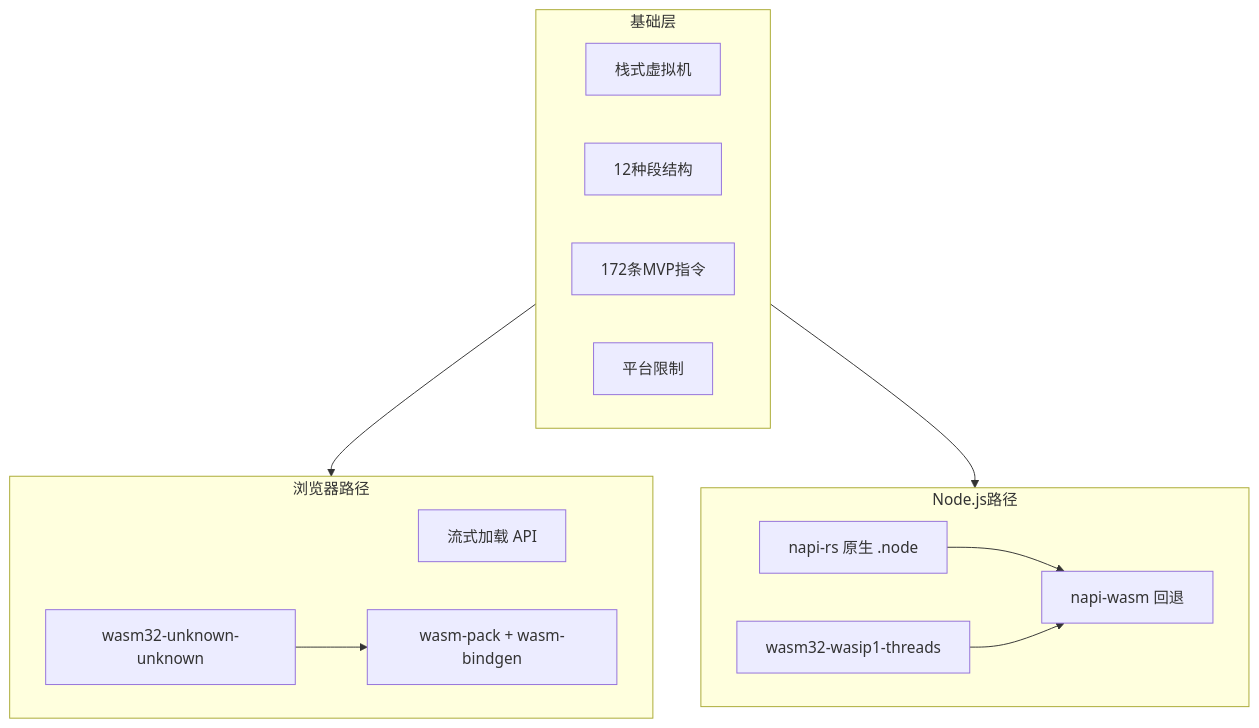
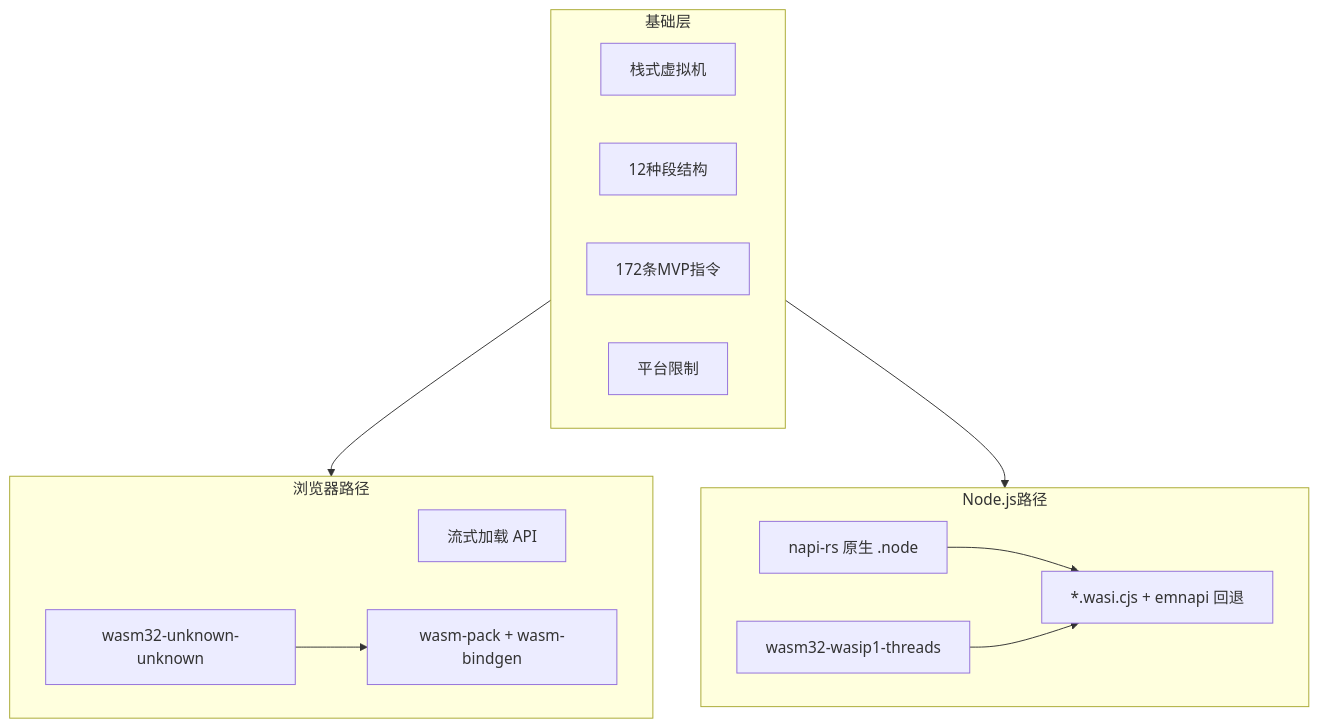
The first of 5 diagrams in blog/wasm-fundamentals.md (shenjunjian/wasm-road-blog), drawn with Mermaid before and after one commit. The commit also changed other lines of this file and 29 other files, not shown here.

````diff
--- a/blog/wasm-fundamentals.md
+++ b/blog/wasm-fundamentals.md
@@ -88,27 +88,27 @@
 ```mermaid
 flowchart TB
     subgraph foundation [基础层]
         stack[栈式虚拟机]
         section[12种段结构]
         instr[172条MVP指令]
         limit[平台限制]
     end
 
     subgraph browser [浏览器路径]
         load[流式加载 API]
         rust1[wasm32-unknown-unknown]
         pack[wasm-pack + wasm-bindgen]
     end
 
     subgraph node [Node.js路径]
         napi[napi-rs 原生 .node]
         wasi[wasm32-wasip1-threads]
-        napiwasm[napi-wasm 回退]
+        napiwasm[*.wasi.cjs + emnapi 回退]
     end
 
     foundation --> browser
     foundation --> node
     rust1 --> pack
     napi --> napiwasm
     wasi --> napiwasm
 ```
````
